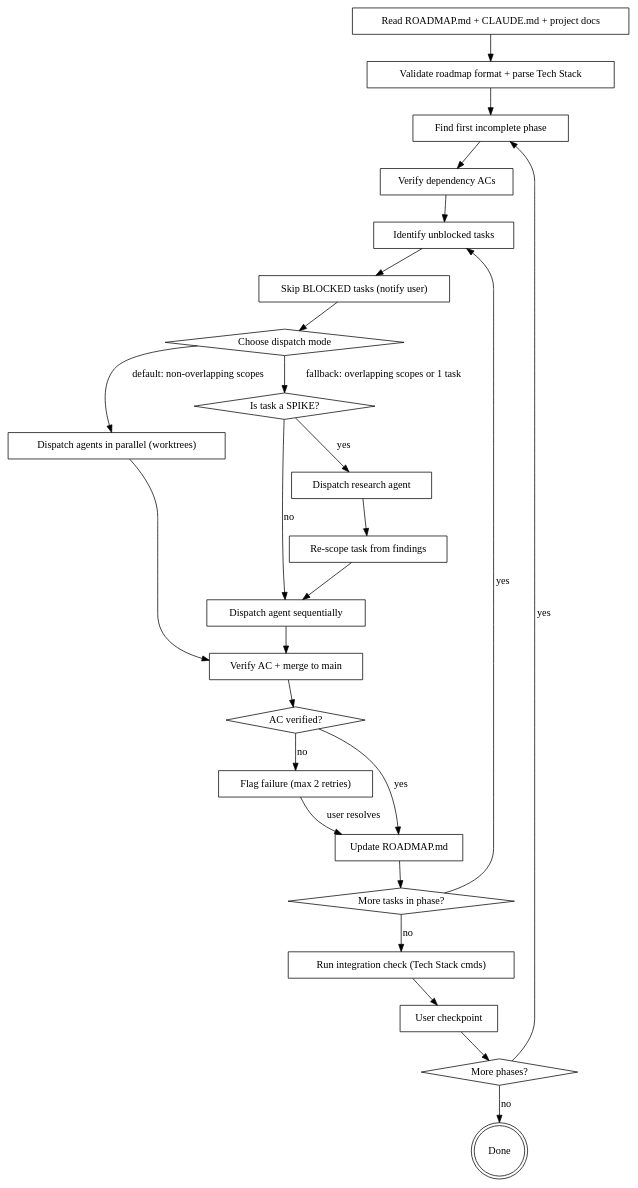
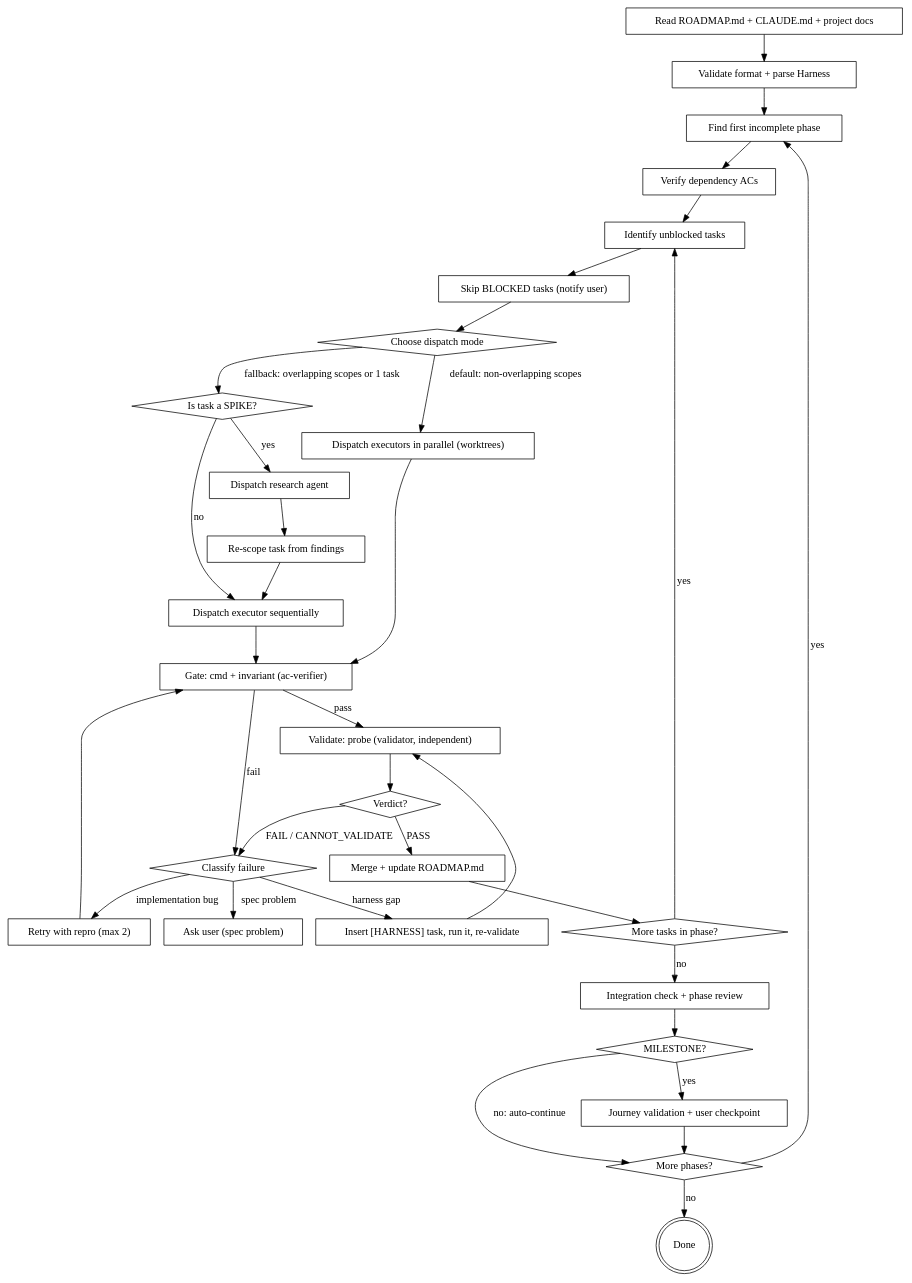
One commit to JonFermin/vibecoding changed the diagram in skills/execute-roadmap/SKILL.md. Above: the diagram before and after it, drawn with Graphviz. The commit also changed other lines of this file and 11 other files, not shown here.

First line of the commit message:
Release v2.0.0: independent validator, typed AC, harness engineering

````diff
--- a/skills/execute-roadmap/SKILL.md
+++ b/skills/execute-roadmap/SKILL.md
@@ -43,51 +47,64 @@
 ```dot
 digraph execute_roadmap {
     "Read ROADMAP.md + CLAUDE.md + project docs" [shape=box];
-    "Validate roadmap format + parse Tech Stack" [shape=box];
+    "Validate format + parse Harness" [shape=box];
     "Find first incomplete phase" [shape=box];
+    "Verify dependency ACs" [shape=box];
     "Identify unblocked tasks" [shape=box];
+    "Skip BLOCKED tasks (notify user)" [shape=box];
     "Choose dispatch mode" [shape=diamond];
-    "Dispatch agents in parallel (worktrees)" [shape=box];
-    "Dispatch agent sequentially" [shape=box];
+    "Dispatch executors in parallel (worktrees)" [shape=box];
     "Is task a SPIKE?" [shape=diamond];
     "Dispatch research agent" [shape=box];
     "Re-scope task from findings" [shape=box];
-    "Verify AC + merge to main" [shape=box];
-    "AC verified?" [shape=diamond];
-    "Flag failure (max 2 retries)" [shape=box];
-    "Update ROADMAP.md" [shape=box];
+    "Dispatch executor sequentially" [shape=box];
+    "Gate: cmd + invariant (ac-verifier)" [shape=box];
+    "Validate: probe (validator, independent)" [shape=box];
+    "Verdict?" [shape=diamond];
+    "Classify failure" [shape=diamond];
+    "Retry with repro (max 2)" [shape=box];
+    "Insert [HARNESS] task, run it, re-validate" [shape=box];
+    "Ask user (spec problem)" [shape=box];
+    "Merge + update ROADMAP.md" [shape=box];
     "More tasks in phase?" [shape=diamond];
-    "Verify dependency ACs" [shape=box];
-    "Run integration check (Tech Stack cmds)" [shape=box];
-    "User checkpoint" [shape=box];
+    "Integration check + phase review" [shape=box];
+    "MILESTONE?" [shape=diamond];
+    "Journey validation + user checkpoint" [shape=box];
     "More phases?" [shape=diamond];
     "Done" [shape=doublecircle];
 
-    "Read ROADMAP.md + CLAUDE.md + project docs" -> "Validate roadmap format + parse Tech Stack";
-    "Validate roadmap format + parse Tech Stack" -> "Find first incomplete phase";
+    "Read ROADMAP.md + CLAUDE.md + project docs" -> "Validate format + parse Harness";
+    "Validate format + parse Harness" -> "Find first incomplete phase";
     "Find first incomplete phase" -> "Verify dependency ACs";
     "Verify dependency ACs" -> "Identify unblocked tasks";
-    "Skip BLOCKED tasks (notify user)" [shape=box];
     "Identify unblocked tasks" -> "Skip BLOCKED tasks (notify user)";
     "Skip BLOCKED tasks (notify user)" -> "Choose dispatch mode";
-    "Choose dispatch mode" -> "Dispatch agents in parallel (worktrees)" [label="default: non-overlapping scopes"];
+    "Choose dispatch mode" -> "Dispatch executors in parallel (worktrees)" [label="default: non-overlapping scopes"];
     "Choose dispatch mode" -> "Is task a SPIKE?" [label="fallback: overlapping scopes or 1 task"];
-    "Dispatch agents in parallel (worktrees)" -> "Verify AC + merge to main";
+    "Dispatch executors in parallel (worktrees)" -> "Gate: cmd + invariant (ac-verifier)";
     "Is task a SPIKE?" -> "Dispatch research agent" [label="yes"];
     "Dispatch research agent" -> "Re-scope task from findings";
-    "Re-scope task from findings" -> "Dispatch agent sequentially";
-    "Is task a SPIKE?" -> "Dispatch agent sequentially" [label="no"];
-    "Dispatch agent sequentially" -> "Verify AC + merge to main";
-    "Verify AC + merge to main" -> "AC verified?";
-    "AC verified?" -> "Update ROADMAP.md" [label="yes"];
-    "AC verified?" -> "Flag failure (max 2 retries)" [label="no"];
-    "Flag failure (max 2 retries)" -> "Update ROADMAP.md" [label="user resolves"];
-    "Update ROADMAP.md" -> "More tasks in phase?";
+    "Re-scope task from findings" -> "Dispatch executor sequentially";
+    "Is task a SPIKE?" -> "Dispatch executor sequentially" [label="no"];
+    "Dispatch executor sequentially" -> "Gate: cmd + invariant (ac-verifier)";
+    "Gate: cmd + invariant (ac-verifier)" -> "Validate: probe (validator, independent)" [label="pass"];
+    "Gate: cmd + invariant (ac-verifier)" -> "Classify failure" [label="fail"];
+    "Validate: probe (validator, independent)" -> "Verdict?";
+    "Verdict?" -> "Merge + update ROADMAP.md" [label="PASS"];
+    "Verdict?" -> "Classify failure" [label="FAIL / CANNOT_VALIDATE"];
+    "Classify failure" -> "Retry with repro (max 2)" [label="implementation bug"];
+    "Classify failure" -> "Insert [HARNESS] task, run it, re-validate" [label="harness gap"];
+    "Classify failure" -> "Ask user (spec problem)" [label="spec problem"];
+    "Retry with repro (max 2)" -> "Gate: cmd + invariant (ac-verifier)";
+    "Insert [HARNESS] task, run it, re-validate" -> "Validate: probe (validator, independent)";
+    "Merge + update ROADMAP.md" -> "More tasks in phase?";
     "More tasks in phase?" -> "Identify unblocked tasks" [label="yes"];
-    "More tasks in phase?" -> "Run integration check (Tech Stack cmds)" [label="no"];
-    "Run integration check (Tech Stack cmds)" -> "User checkpoint";
-    "User checkpoint" -> "More phases?";
+    "More tasks in phase?" -> "Integration check + phase review" [label="no"];
+    "Integration check + phase review" -> "MILESTONE?";
+    "MILESTONE?" -> "Journey validation + user checkpoint" [label="yes"];
+    "MILESTONE?" -> "More phases?" [label="no: auto-continue"];
+    "Journey validation + user checkpoint" -> "More phases?";
     "More phases?" -> "Find first incomplete phase" [label="yes"];
     "More phases?" -> "Done" [label="no"];
 }
 ```
````
